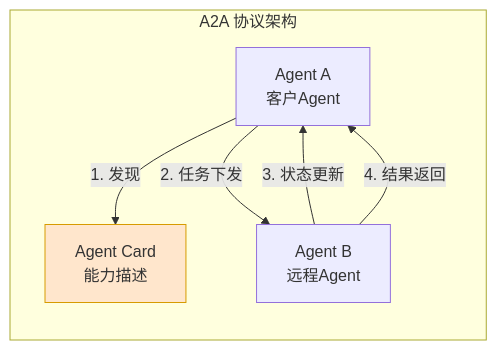
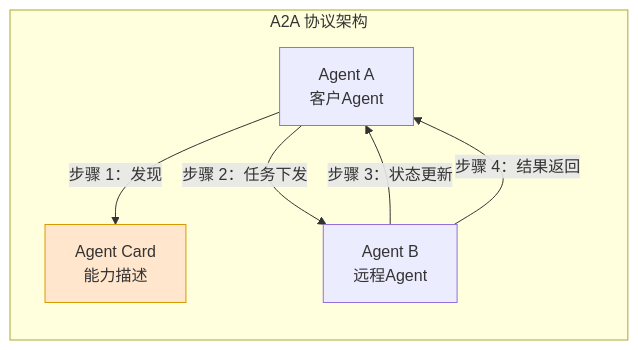
One commit to BeefWrap4/LLM-Knowledge-Base changed diagram 12 of 20 in 15_Agent智能体开发.md. Above: the diagram before and after it, drawn with Mermaid. The commit also changed other lines of this file and 12 other files, not shown here.

Commit message:
Fix Mermaid markdown label rendering

````diff
--- a/15_Agent智能体开发.md
+++ b/15_Agent智能体开发.md
@@ -1697,11 +1697,11 @@
 ```mermaid
 graph LR
     subgraph "A2A 协议架构"
-        A1[Agent A<br/>客户Agent] -->|"1. 发现"| D[Agent Card<br/>能力描述]
-        A1 -->|"2. 任务下发"| A2[Agent B<br/>远程Agent]
-        A2 -->|"3. 状态更新"| A1
-        A2 -->|"4. 结果返回"| A1
+        A1[Agent A<br/>客户Agent] -->|"步骤 1：发现"| D[Agent Card<br/>能力描述]
+        A1 -->|"步骤 2：任务下发"| A2[Agent B<br/>远程Agent]
+        A2 -->|"步骤 3：状态更新"| A1
+        A2 -->|"步骤 4：结果返回"| A1
     end
     
     style D fill:#ffe6cc,stroke:#d79b00
 ```
````
